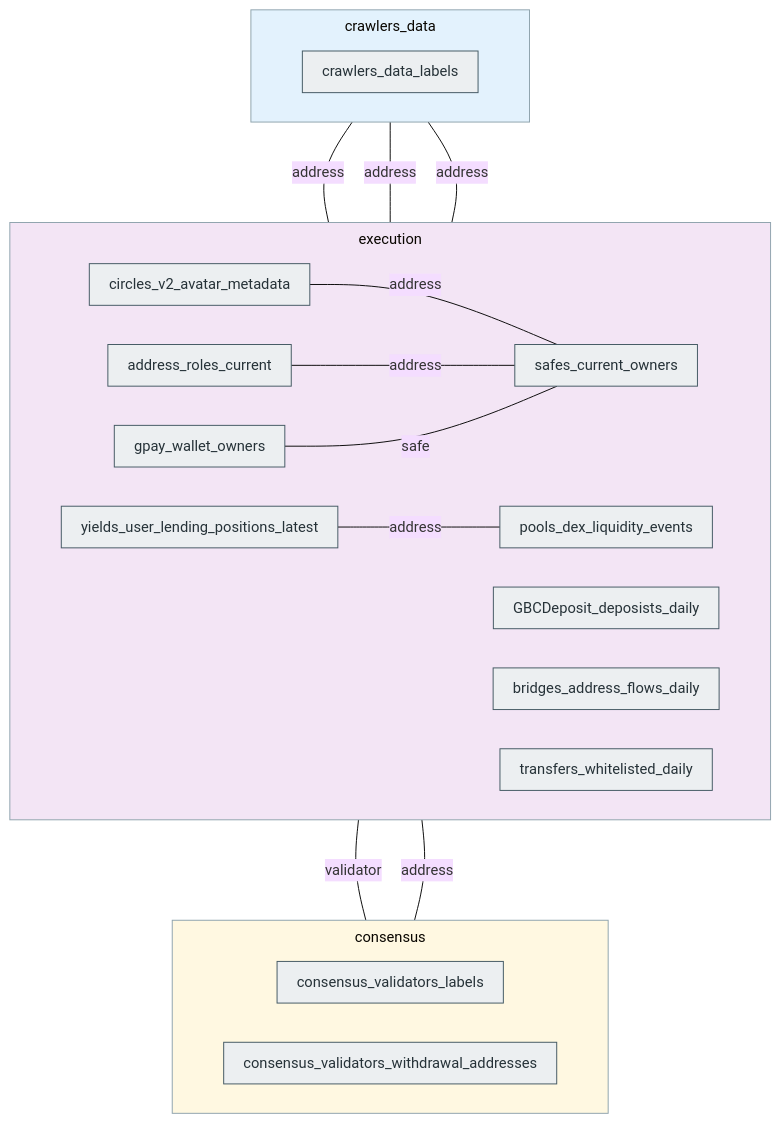
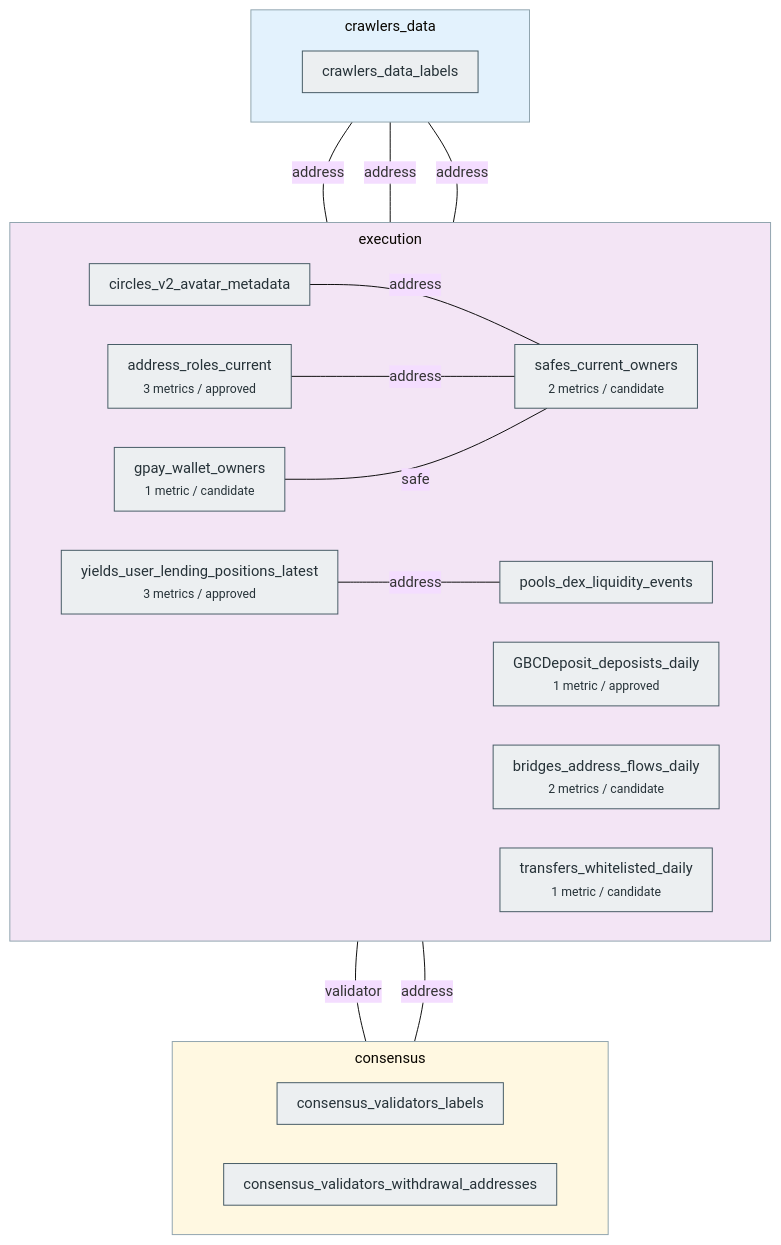
Before and after one commit to gnosischain/cerebro-docs: the fourth of 4 diagrams in docs/data-pipeline/transformation/semantic-layer/graph.md, drawn with Mermaid. The commit also changed other lines of this file and 15 other files, not shown here.

Commit message:
feat(semantic): update sector. interactive semantic graph

````diff
--- a/docs/data-pipeline/transformation/semantic-layer/graph.md
+++ b/docs/data-pipeline/transformation/semantic-layer/graph.md
@@ -186,41 +226,41 @@
 ```mermaid
 %%{init: {'theme':'base','flowchart':{'htmlLabels':true,'curve':'basis','nodeSpacing':40,'rankSpacing':80,'padding':10,'subGraphTitleMargin':{'top':6,'bottom':6}},'themeVariables':{'fontSize':'15px','fontFamily':'-apple-system,Segoe UI,Roboto,sans-serif'}}}%%
 flowchart TB
     subgraph sg_consensus["consensus"]
         direction LR
         int_consensus_validators_labels["consensus_validators_labels"]
         int_consensus_validators_withdrawal_addresses["consensus_validators_withdrawal_addresses"]
     end
     subgraph sg_crawlers_data["crawlers_data"]
         direction LR
         int_crawlers_data_labels["crawlers_data_labels"]
     end
     subgraph sg_execution["execution"]
         direction LR
         api_execution_circles_v2_avatar_metadata["circles_v2_avatar_metadata"]
-        fct_execution_yields_user_lending_positions_latest["yields_user_lending_positions_latest"]
-        int_GBCDeposit_deposists_daily["GBCDeposit_deposists_daily"]
-        int_execution_address_roles_current["address_roles_current"]
-        int_execution_bridges_address_flows_daily["bridges_address_flows_daily"]
-        int_execution_gpay_wallet_owners["gpay_wallet_owners"]
+        fct_execution_yields_user_lending_positions_latest["yields_user_lending_positions_latest<br/><small>3 metrics / approved</small>"]
+        int_GBCDeposit_deposists_daily["GBCDeposit_deposists_daily<br/><small>1 metric / approved</small>"]
+        int_execution_address_roles_current["address_roles_current<br/><small>3 metrics / approved</small>"]
+        int_execution_bridges_address_flows_daily["bridges_address_flows_daily<br/><small>2 metrics / candidate</small>"]
+        int_execution_gpay_wallet_owners["gpay_wallet_owners<br/><small>1 metric / candidate</small>"]
         int_execution_pools_dex_liquidity_events["pools_dex_liquidity_events"]
-        int_execution_safes_current_owners["safes_current_owners"]
-        int_execution_transfers_whitelisted_daily["transfers_whitelisted_daily"]
+        int_execution_safes_current_owners["safes_current_owners<br/><small>2 metrics / candidate</small>"]
+        int_execution_transfers_whitelisted_daily["transfers_whitelisted_daily<br/><small>1 metric / candidate</small>"]
     end
     api_execution_circles_v2_avatar_metadata -- address --- int_execution_safes_current_owners
     fct_execution_yields_user_lending_positions_latest -- address --- int_execution_pools_dex_liquidity_events
     int_consensus_validators_withdrawal_addresses -- address --- int_execution_safes_current_owners
     int_crawlers_data_labels -- address --- int_execution_address_roles_current
     int_crawlers_data_labels -- address --- int_execution_bridges_address_flows_daily
     int_crawlers_data_labels -- address --- int_execution_transfers_whitelisted_daily
     int_execution_address_roles_current -- address --- int_execution_safes_current_owners
     int_execution_gpay_wallet_owners -- safe --- int_execution_safes_current_owners
     int_GBCDeposit_deposists_daily -- validator --- int_consensus_validators_labels
     classDef spine fill:#fff3e0,stroke:#e65100,stroke-width:2px,color:#bf360c;
     classDef pseudo fill:#e8f5e9,stroke:#2e7d32,stroke-width:1.5px,color:#1b5e20;
     classDef other  fill:#eceff1,stroke:#455a64,stroke-width:1px,color:#263238;
     class api_execution_circles_v2_avatar_metadata,fct_execution_yields_user_lending_positions_latest,int_GBCDeposit_deposists_daily,int_consensus_validators_labels,int_consensus_validators_withdrawal_addresses,int_crawlers_data_labels,int_execution_address_roles_current,int_execution_bridges_address_flows_daily,int_execution_gpay_wallet_owners,int_execution_pools_dex_liquidity_events,int_execution_safes_current_owners,int_execution_transfers_whitelisted_daily other;
     style sg_consensus fill:#fff8e1,stroke:#90a4ae,stroke-width:1px;
     style sg_crawlers_data fill:#e3f2fd,stroke:#90a4ae,stroke-width:1px;
     style sg_execution fill:#f3e5f5,stroke:#90a4ae,stroke-width:1px;
 ```
````
